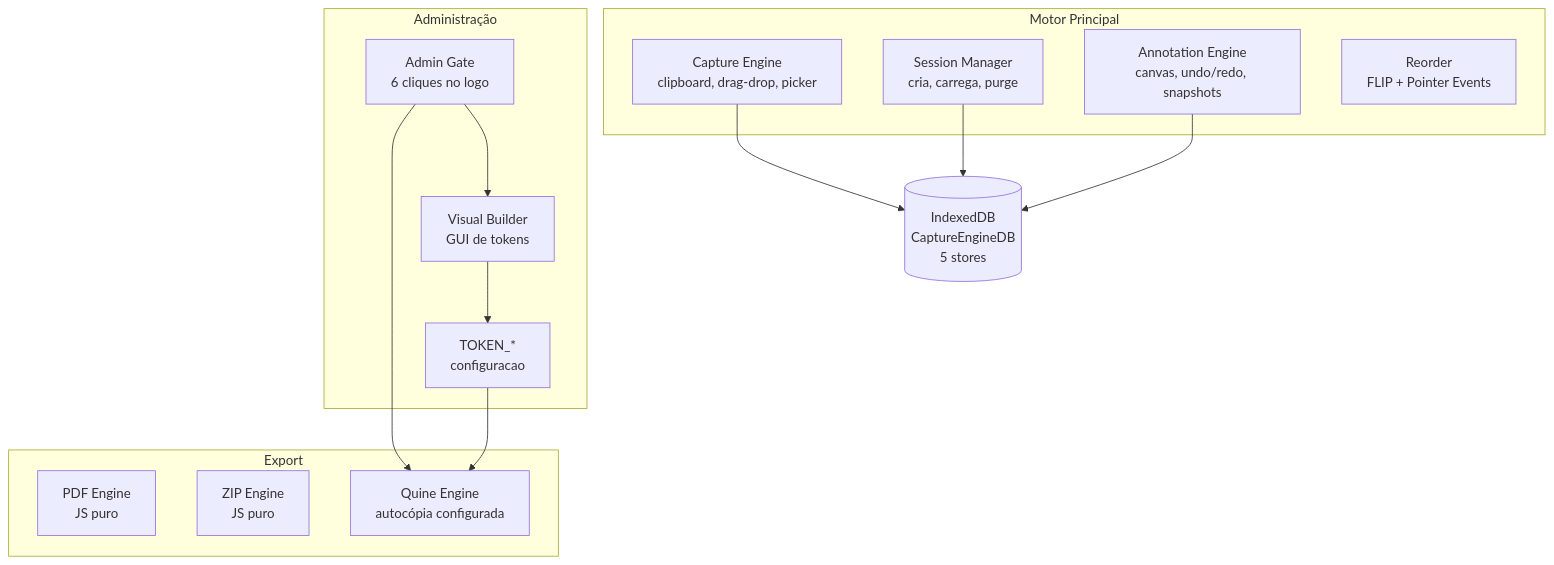
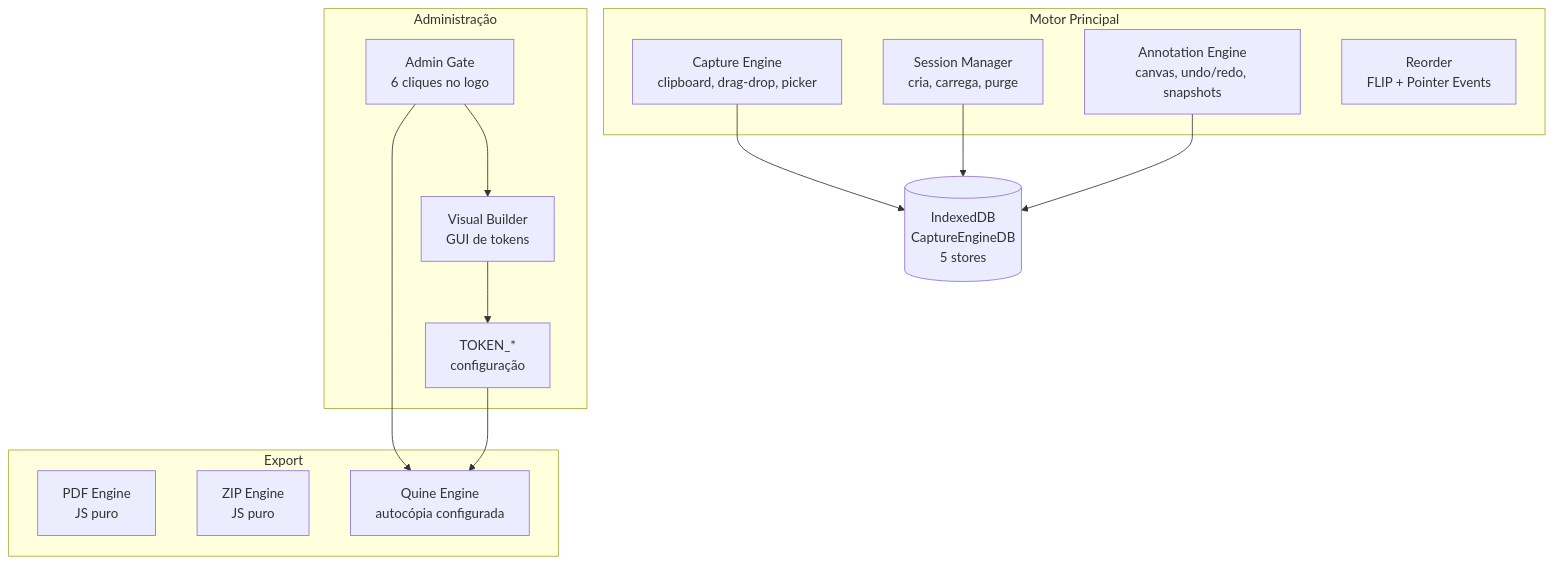
One commit to diogocarvalhoinfo/capture-engine changed the first of 3 diagrams in README.md. Above: the diagram before and after it, drawn with Mermaid. The commit also changed 1 other file, not shown here.

Commit message:
docs: acentos e marcação (F-0058)

````diff
--- a/README.md
+++ b/README.md
@@ -780,27 +780,27 @@
 ```mermaid
 flowchart TD
     subgraph MOTOR["Motor Principal"]
         SM["Session Manager<br>cria, carrega, purge"]
         CE["Capture Engine<br>clipboard, drag-drop, picker"]
         AN["Annotation Engine<br>canvas, undo/redo, snapshots"]
         RO["Reorder<br>FLIP + Pointer Events"]
     end
     subgraph EXPORT["Export"]
         PDF["PDF Engine<br>JS puro"]
         ZIP["ZIP Engine<br>JS puro"]
         QE["Quine Engine<br>autocópia configurada"]
     end
     subgraph ADMIN["Administração"]
         VB["Visual Builder<br>GUI de tokens"]
         AG["Admin Gate<br>6 cliques no logo"]
-        TK["TOKEN_*<br>configuracao"]
+        TK["TOKEN_*<br>configuração"]
     end
     IDB[("IndexedDB<br>CaptureEngineDB<br>5 stores")]
     CE --> IDB
     SM --> IDB
     AN --> IDB
     AG --> VB
     AG --> QE
     VB --> TK
     TK --> QE
 ```
````
